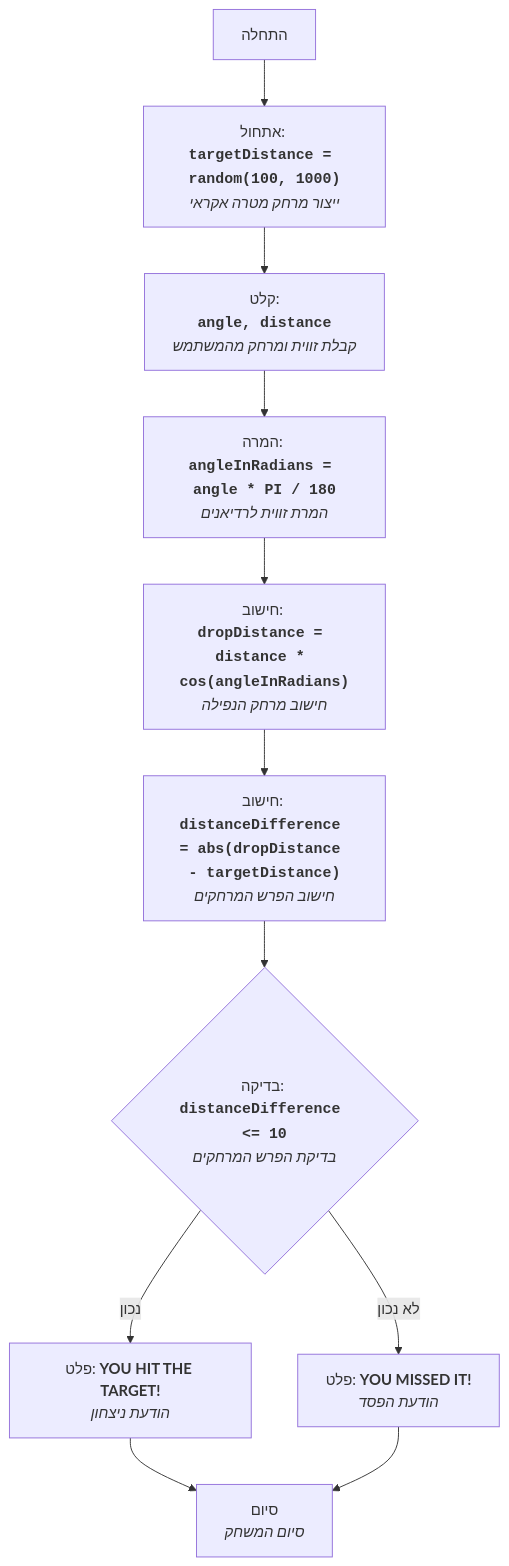
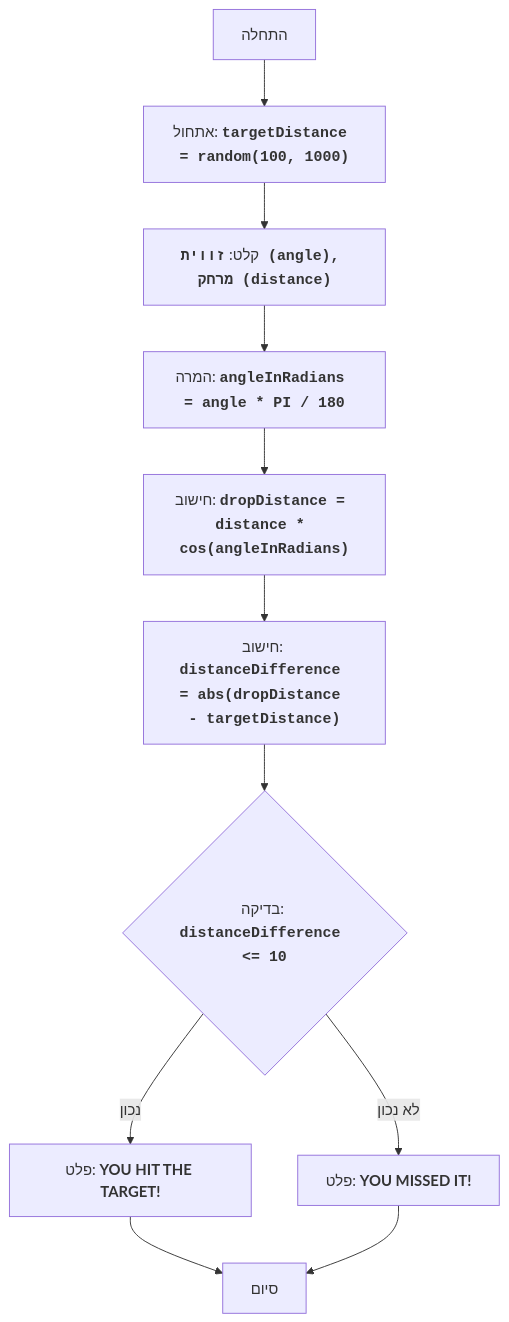
The diagram in docs/gemini/he/explainer/src/endpoints/ai_games/101_basic_computer_games/ru/GAMES/BOMBER/README.MD.md (hypo69/hypo), drawn with Mermaid before and after one commit. The commit also changed other lines of this file and 885 other files, not shown here.

````diff
--- a/docs/gemini/he/explainer/src/endpoints/ai_games/101_basic_computer_games/ru/GAMES/BOMBER/README.MD.md
+++ b/docs/gemini/he/explainer/src/endpoints/ai_games/101_basic_computer_games/ru/GAMES/BOMBER/README.MD.md
@@ -26,13 +27,13 @@
 ```mermaid
 flowchart TD
-    Start["התחלה"] --> InitializeTargetDistance["אתחול: <br><code><b>targetDistance = random(100, 1000)</b></code><br><em>ייצור מרחק מטרה אקראי</em>"]
-    InitializeTargetDistance --> InputAngleDistance["קלט: <br><code><b>angle, distance</b></code><br><em>קבלת זווית ומרחק מהמשתמש</em>"]
-    InputAngleDistance --> ConvertAngle["המרה: <br><code><b>angleInRadians = angle * PI / 180</b></code><br><em>המרת זווית לרדיאנים</em>"]
-    ConvertAngle --> CalculateDropDistance["חישוב: <br><code><b>dropDistance = distance * cos(angleInRadians)</b></code><br><em>חישוב מרחק הנפילה</em>"]
-    CalculateDropDistance --> CalculateDistanceDifference["חישוב: <br><code><b>distanceDifference = abs(dropDistance - targetDistance)</b></code><br><em>חישוב הפרש המרחקים</em>"]
-    CalculateDistanceDifference --> CheckDistanceDifference{"בדיקה: <br><code><b>distanceDifference <= 10</b></code><br><em>בדיקת הפרש המרחקים</em>"}
-    CheckDistanceDifference -- נכון --> OutputWin["פלט: <b>YOU HIT THE TARGET!</b><br><em>הודעת ניצחון</em>"]
-    OutputWin --> End["סיום<br><em>סיום המשחק</em>"]
-    CheckDistanceDifference -- לא נכון --> OutputLose["פלט: <b>YOU MISSED IT!</b><br><em>הודעת הפסד</em>"]
+    Start["התחלה"] --> InitializeTargetDistance["אתחול: <code><b>targetDistance = random(100, 1000)</b></code>"]
+    InitializeTargetDistance --> InputAngleDistance["קלט: <code><b>זווית (angle), מרחק (distance)</b></code>"]
+    InputAngleDistance --> ConvertAngle["המרה: <code><b>angleInRadians = angle * PI / 180</b></code>"]
+    ConvertAngle --> CalculateDropDistance["חישוב: <code><b>dropDistance = distance * cos(angleInRadians)</b></code>"]
+    CalculateDropDistance --> CalculateDistanceDifference["חישוב: <code><b>distanceDifference = abs(dropDistance - targetDistance)</b></code>"]
+    CalculateDistanceDifference --> CheckDistanceDifference{"בדיקה: <code><b>distanceDifference <= 10</b></code>"}
+    CheckDistanceDifference -- נכון --> OutputWin["פלט: <b>YOU HIT THE TARGET!</b>"]
+    OutputWin --> End["סיום"]
+    CheckDistanceDifference -- לא נכון --> OutputLose["פלט: <b>YOU MISSED IT!</b>"]
     OutputLose --> End
 ```
````
